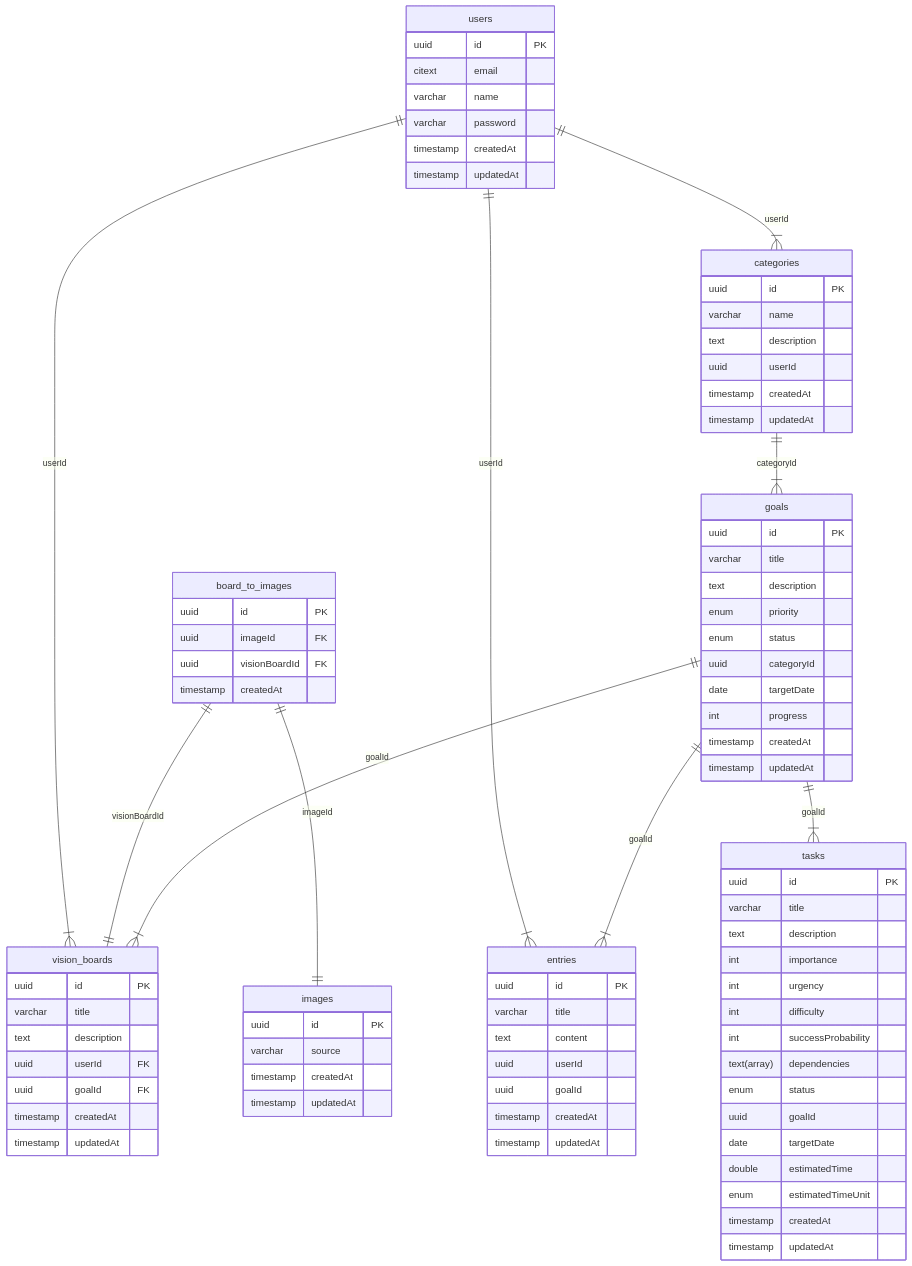
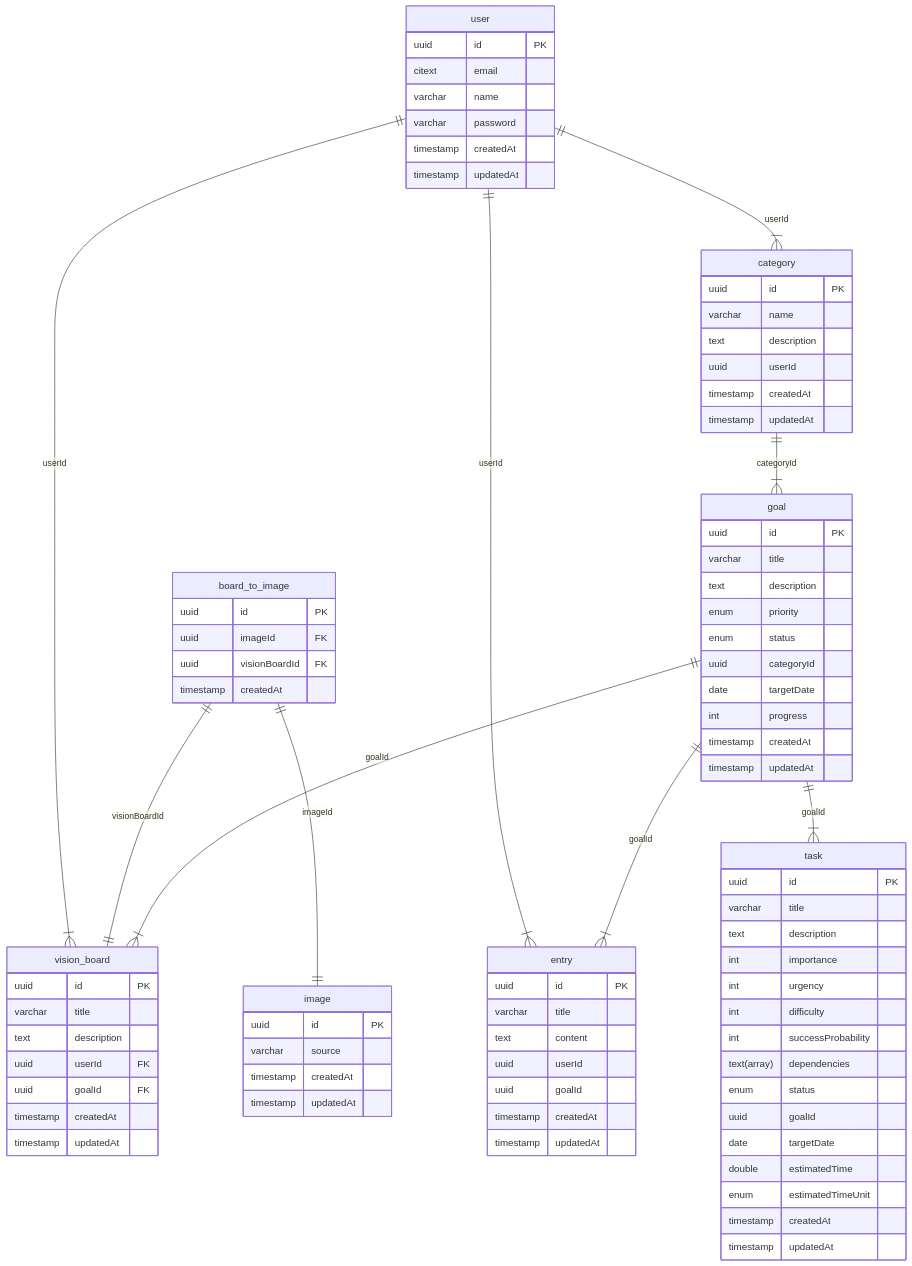
Before and after one commit to sandrvvu/BetterSelf: the diagram in README.md, drawn with Mermaid. The commit also changed 6 other files, not shown here.

````diff
--- a/README.md
+++ b/README.md
@@ -5,6 +5,6 @@
 ```mermaid
 erDiagram
-   users {
+   user {
       uuid id PK
       citext email
       varchar name
@@ -13,7 +13,7 @@
       timestamp updatedAt
    }
 
-   categories {
+   category {
       uuid id PK
       varchar name
       text description
@@ -22,7 +22,7 @@
       timestamp updatedAt
    }
 
-   goals {
+   goal {
       uuid id PK
       varchar title
       text description
@@ -35,7 +35,7 @@
       timestamp updatedAt
    }
 
-   tasks {
+   task {
       uuid id PK
       varchar title
       text description
@@ -53,7 +53,7 @@
       timestamp updatedAt
    }
 
-   entries {
+   entry {
       uuid id PK
       varchar title
       text content
@@ -63,14 +63,14 @@
       timestamp updatedAt
    }
 
-   images {
+   image {
         uuid id PK
         varchar source
         timestamp createdAt
         timestamp updatedAt
    }
 
-   vision_boards {
+   vision_board {
         uuid id PK
         varchar title
         text description
@@ -80,20 +80,20 @@
         timestamp updatedAt
    }
 
-   board_to_images {
+   board_to_image {
         uuid id PK
         uuid imageId FK
         uuid visionBoardId FK
         timestamp createdAt
    }
 
-   users ||--|{ categories : userId
-   users ||--|{ entries : userId
-   users ||--|{ vision_boards : userId
-   categories ||--|{ goals : categoryId
-   board_to_images ||--|| images : imageId
-   board_to_images ||--|| vision_boards : visionBoardId
-   goals ||--|{ tasks : goalId
-   goals ||--|{ vision_boards : goalId
-   goals ||--|{ entries : goalId
+   user ||--|{ category : userId
+   user ||--|{ entry : userId
+   user ||--|{ vision_board : userId
+   category ||--|{ goal : categoryId
+   board_to_image ||--|| image : imageId
+   board_to_image ||--|| vision_board : visionBoardId
+   goal ||--|{ task : goalId
+   goal ||--|{ vision_board : goalId
+   goal ||--|{ entry : goalId
 ```
````
